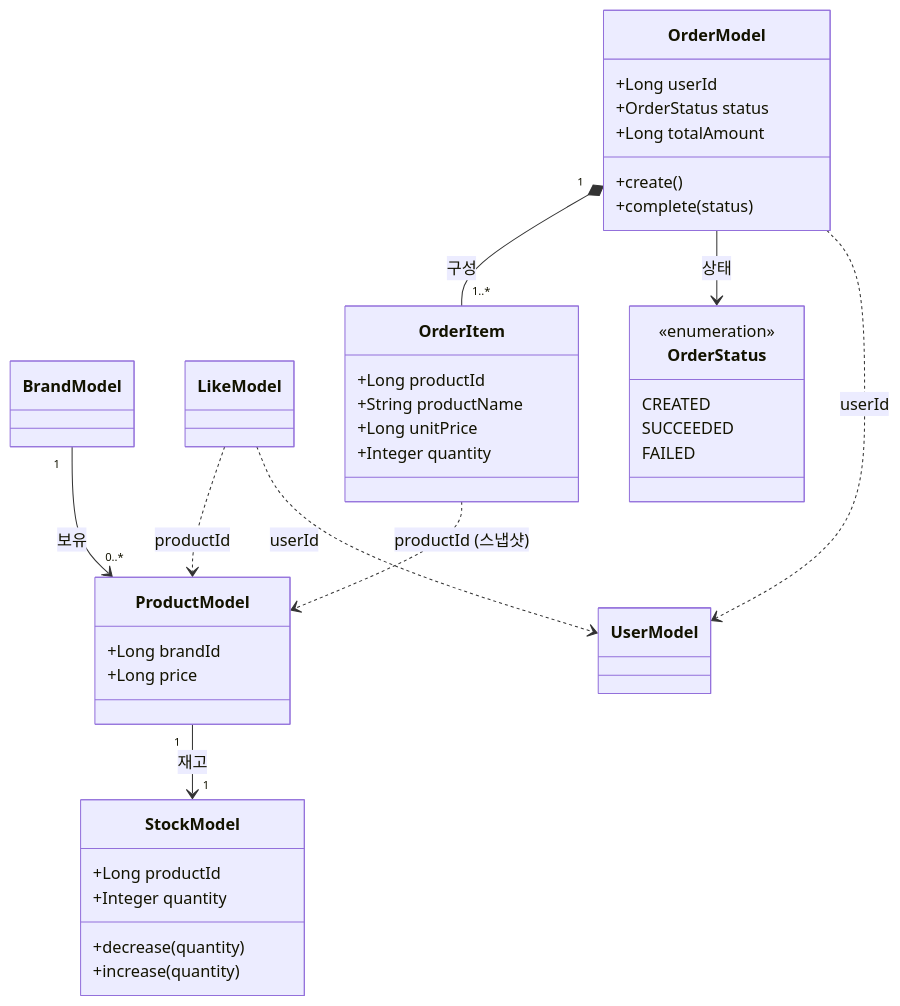
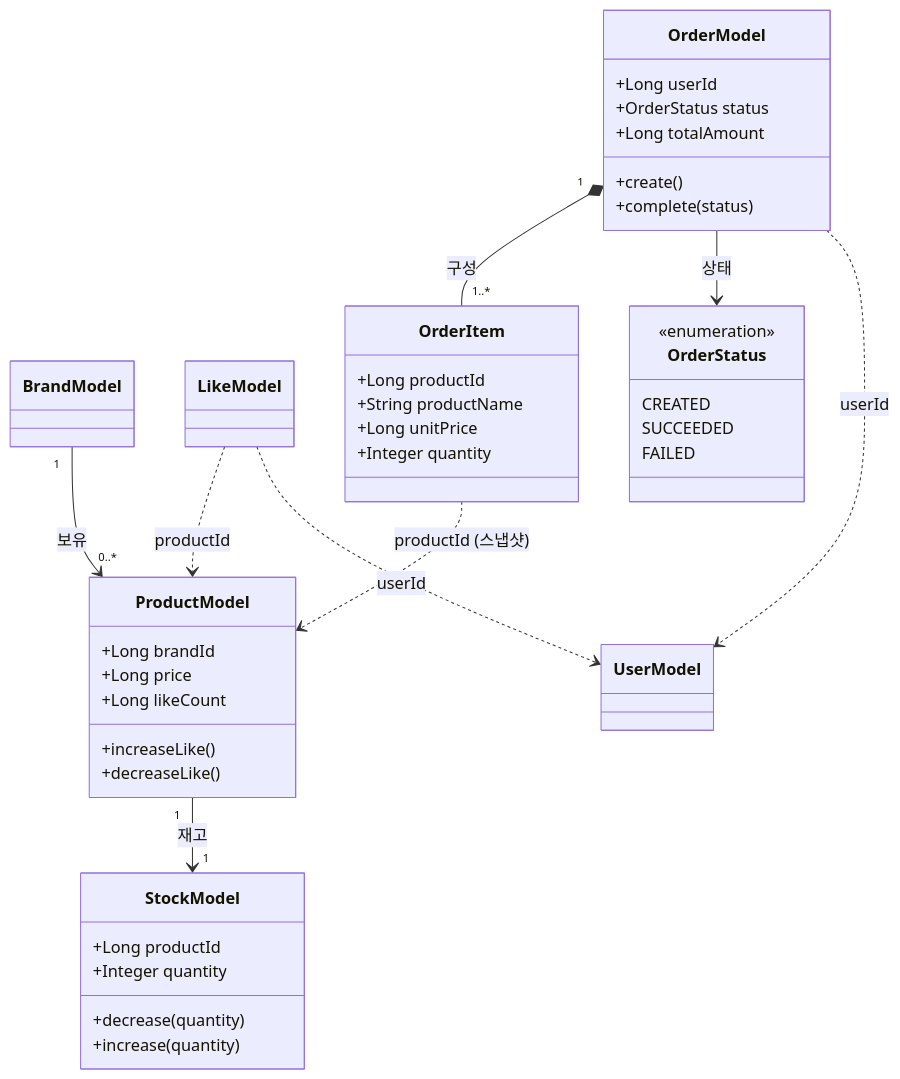
Before and after one commit to loopers-labs/loop-pack-be-l2-vol4-java: the diagram in .docs/design/03-class-diagram.md, drawn with Mermaid. The commit also changed 3 other files, not shown here.

````diff
--- a/.docs/design/03-class-diagram.md
+++ b/.docs/design/03-class-diagram.md
@@ -3,49 +3,52 @@
 ```mermaid
 classDiagram
     class UserModel
     class BrandModel
     class LikeModel
 
     class ProductModel {
         +Long brandId
         +Long price
+        +Long likeCount
+        +increaseLike()
+        +decreaseLike()
     }
 
     class StockModel {
         +Long productId
         +Integer quantity
         +decrease(quantity)
         +increase(quantity)
     }
 
     class OrderModel {
         +Long userId
         +OrderStatus status
         +Long totalAmount
         +create()
         +complete(status)
     }
 
     class OrderItem {
         +Long productId
         +String productName
         +Long unitPrice
         +Integer quantity
     }
 
     class OrderStatus {
         <<enumeration>>
         CREATED
         SUCCEEDED
         FAILED
     }
 
     BrandModel "1" --> "0..*" ProductModel : 보유
     ProductModel "1" --> "1" StockModel : 재고
     OrderModel "1" *-- "1..*" OrderItem : 구성
     OrderModel --> OrderStatus : 상태
     LikeModel ..> ProductModel : productId
     LikeModel ..> UserModel : userId
     OrderModel ..> UserModel : userId
     OrderItem ..> ProductModel : productId (스냅샷)
 ```
````
